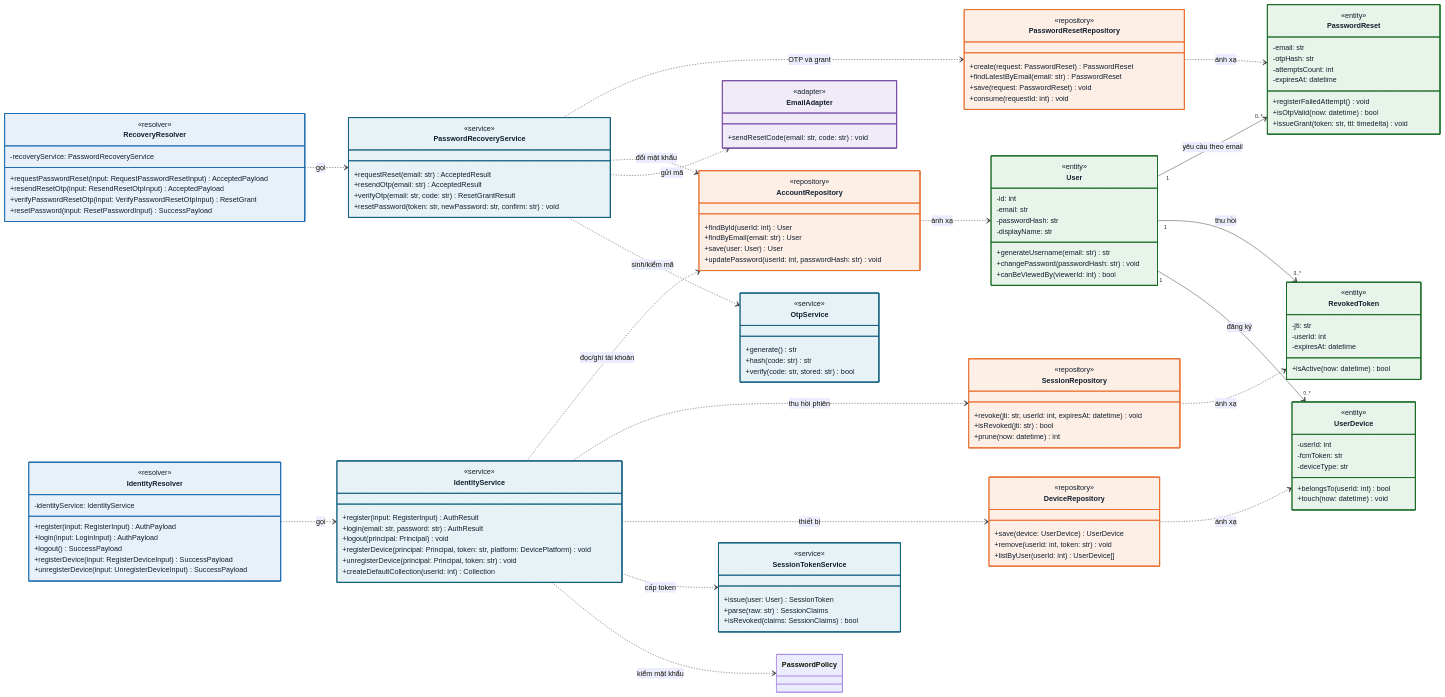
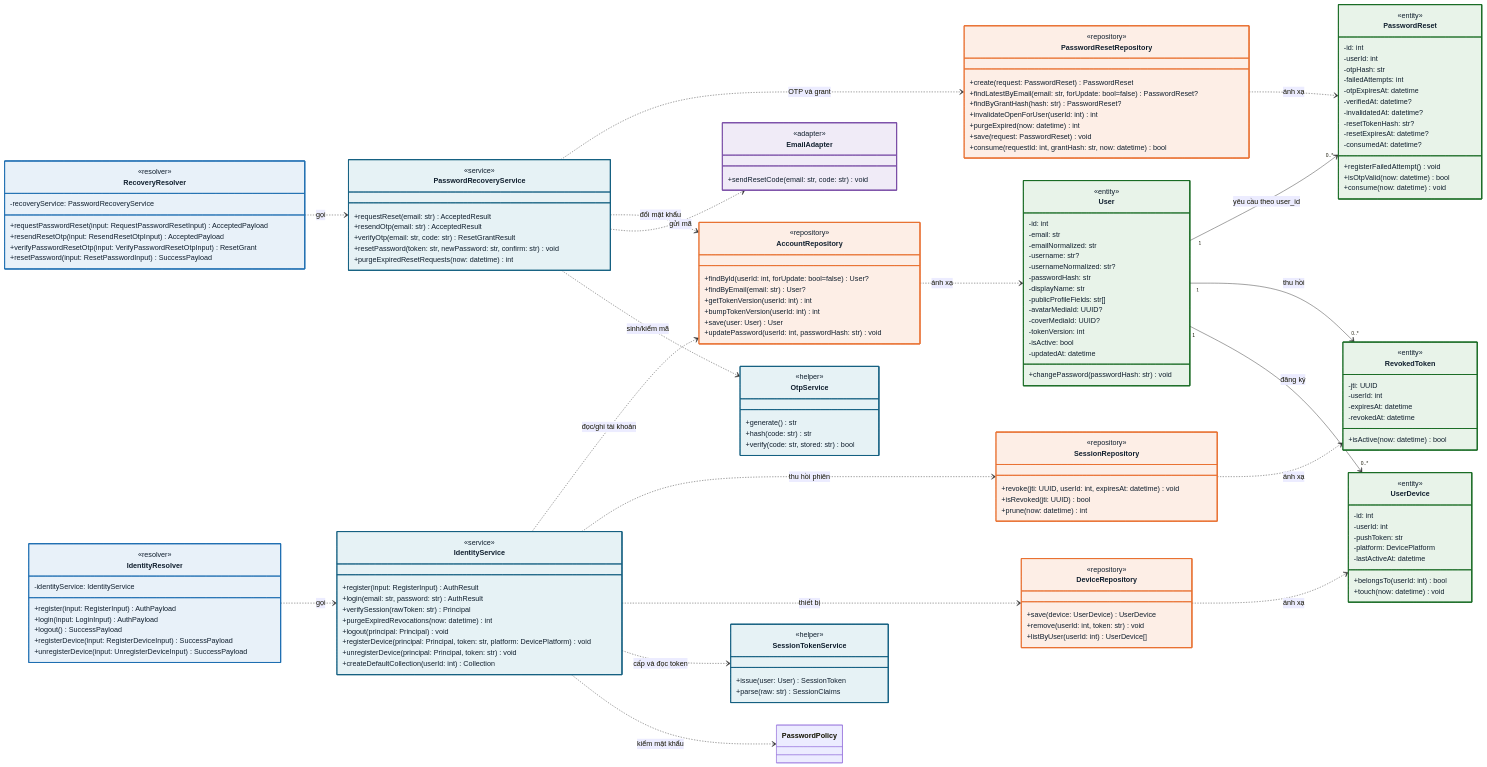
Before and after one commit to anqp5002/ToMateTo: the second of 6 diagrams in docs/thiet_ke/6.1-A_class_diagrams_backend.md, drawn with Mermaid. The commit also changed other lines of this file, not shown here.

```diff
--- a/docs/thiet_ke/6.1-A_class_diagrams_backend.md
+++ b/docs/thiet_ke/6.1-A_class_diagrams_backend.md
@@ -188,6 +207,8 @@
         <<service>>
         +register(input: RegisterInput) AuthResult
         +login(email: str, password: str) AuthResult
+        +verifySession(rawToken: str) Principal
+        +purgeExpiredRevocations(now: datetime) int
         +logout(principal: Principal) void
         +registerDevice(principal: Principal, token: str, platform: DevicePlatform) void
         +unregisterDevice(principal: Principal, token: str) void
@@ -200,17 +221,17 @@
         +resendOtp(email: str) AcceptedResult
         +verifyOtp(email: str, code: str) ResetGrantResult
         +resetPassword(token: str, newPassword: str, confirm: str) void
+        +purgeExpiredResetRequests(now: datetime) int
     }
 
     class SessionTokenService {
-        <<service>>
+        <<helper>>
         +issue(user: User) SessionToken
         +parse(raw: str) SessionClaims
-        +isRevoked(claims: SessionClaims) bool
     }
 
     class OtpService {
-        <<service>>
+        <<helper>>
         +generate() str
         +hash(code: str) str
         +verify(code: str, stored: str) bool
@@ -218,8 +239,10 @@
 
     class AccountRepository {
         <<repository>>
-        +findById(userId: int) User
-        +findByEmail(email: str) User
+        +findById(userId: int, forUpdate: bool=false) User?
+        +findByEmail(email: str) User?
+        +getTokenVersion(userId: int) int
+        +bumpTokenVersion(userId: int) int
         +save(user: User) User
         +updatePassword(userId: int, passwordHash: str) void
     }
@@ -227,15 +250,18 @@
     class PasswordResetRepository {
         <<repository>>
         +create(request: PasswordReset) PasswordReset
-        +findLatestByEmail(email: str) PasswordReset
+        +findLatestByEmail(email: str, forUpdate: bool=false) PasswordReset?
+        +findByGrantHash(hash: str) PasswordReset?
+        +invalidateOpenForUser(userId: int) int
+        +purgeExpired(now: datetime) int
         +save(request: PasswordReset) void
-        +consume(requestId: int) void
+        +consume(requestId: int, grantHash: str, now: datetime) bool
     }
 
     class SessionRepository {
         <<repository>>
-        +revoke(jti: str, userId: int, expiresAt: datetime) void
-        +isRevoked(jti: str) bool
+        +revoke(jti: UUID, userId: int, expiresAt: datetime) void
+        +isRevoked(jti: UUID) bool
         +prune(now: datetime) int
     }
 
@@ -255,37 +281,53 @@
         <<entity>>
         -id: int
         -email: str
+        -emailNormalized: str
+        -username: str?
+        -usernameNormalized: str?
         -passwordHash: str
         -displayName: str
-        +generateUsername(email: str) str
+        -publicProfileFields: str[]
+        -avatarMediaId: UUID?
+        -coverMediaId: UUID?
+        -tokenVersion: int
+        -isActive: bool
+        -updatedAt: datetime
         +changePassword(passwordHash: str) void
-        +canBeViewedBy(viewerId: int) bool
     }
 
     class PasswordReset {
         <<entity>>
-        -email: str
+        -id: int
+        -userId: int
         -otpHash: str
-        -attemptsCount: int
-        -expiresAt: datetime
+        -failedAttempts: int
+        -otpExpiresAt: datetime
+        -verifiedAt: datetime?
+        -invalidatedAt: datetime?
+        -resetTokenHash: str?
+        -resetExpiresAt: datetime?
+        -consumedAt: datetime?
         +registerFailedAttempt() void
         +isOtpValid(now: datetime) bool
-        +issueGrant(token: str, ttl: timedelta) void
+        +consume(now: datetime) void
     }
 
     class RevokedToken {
         <<entity>>
-        -jti: str
+        -jti: UUID
         -userId: int
         -expiresAt: datetime
+        -revokedAt: datetime
         +isActive(now: datetime) bool
     }
 
     class UserDevice {
         <<entity>>
+        -id: int
         -userId: int
-        -fcmToken: str
-        -deviceType: str
+        -pushToken: str
+        -platform: DevicePlatform
+        -lastActiveAt: datetime
         +belongsTo(userId: int) bool
         +touch(now: datetime) void
     }
@@ -295,7 +337,7 @@
     IdentityService ..> AccountRepository : đọc/ghi tài khoản
     IdentityService ..> SessionRepository : thu hồi phiên
     IdentityService ..> DeviceRepository : thiết bị
-    IdentityService ..> SessionTokenService : cấp token
+    IdentityService ..> SessionTokenService : cấp và đọc token
     IdentityService ..> PasswordPolicy : kiểm mật khẩu
     PasswordRecoveryService ..> PasswordResetRepository : OTP và grant
     PasswordRecoveryService ..> AccountRepository : đổi mật khẩu
@@ -305,7 +347,7 @@
     PasswordResetRepository ..> PasswordReset : ánh xạ
     SessionRepository ..> RevokedToken : ánh xạ
     DeviceRepository ..> UserDevice : ánh xạ
-    User "1" --> "0..*" PasswordReset : yêu cầu theo email
+    User "1" --> "0..*" PasswordReset : yêu cầu theo user_id
     User "1" --> "0..*" RevokedToken : thu hồi
     User "1" --> "0..*" UserDevice : đăng ký
     %% Mau theo nhom vai tro — xem §1.4
```
